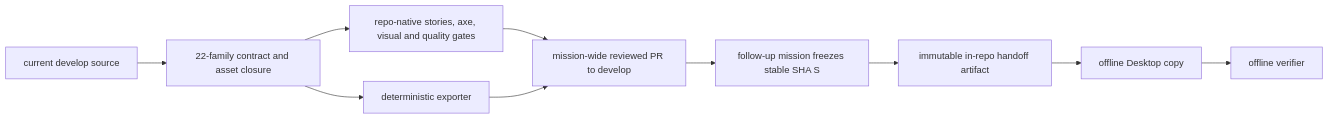
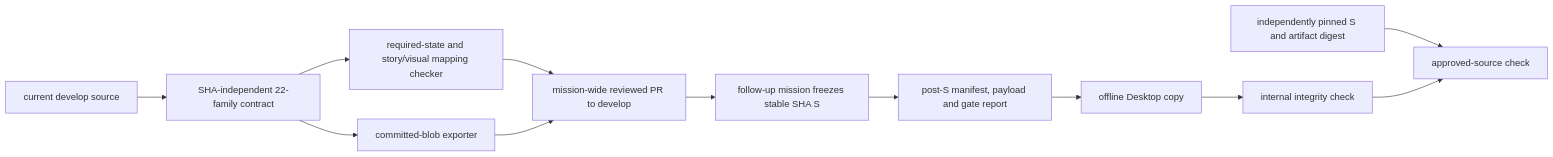
Before and after one commit to spec-kitty/spec-kitty-design: the diagram in kitty-specs/desktop-v2-immutable-handoff-develop-01M3JSCM/plan.md, drawn with Mermaid. The commit also changed other lines of this file and 6 other files, not shown here.

````diff
--- a/kitty-specs/desktop-v2-immutable-handoff-develop-01M3JSCM/plan.md
+++ b/kitty-specs/desktop-v2-immutable-handoff-develop-01M3JSCM/plan.md
@@ -31,12 +31,14 @@
 ```mermaid
 flowchart LR
-    A[current develop source] --> B[22-family contract and asset closure]
-    B --> C[repo-native stories, axe, visual and quality gates]
-    B --> D[deterministic exporter]
+    A[current develop source] --> B[SHA-independent 22-family contract]
+    B --> C[required-state and story/visual mapping checker]
+    B --> D[committed-blob exporter]
     C --> E[mission-wide reviewed PR to develop]
     D --> E
     E --> S[follow-up mission freezes stable SHA S]
-    S --> H[immutable in-repo handoff artifact]
+    S --> H[post-S manifest, payload and gate report]
     H --> F[offline Desktop copy]
-    F --> G[offline verifier]
+    F --> G[internal integrity check]
+    P[independently pinned S and artifact digest] --> I[approved-source check]
+    G --> I
 ```
````
